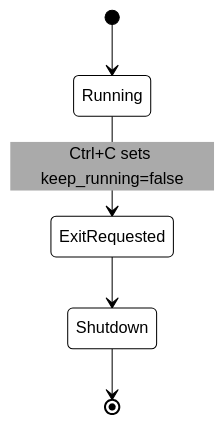
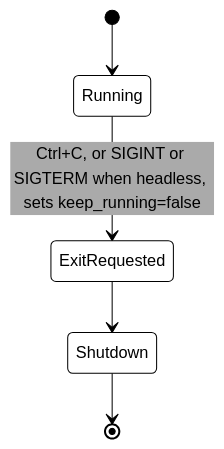
Before and after one commit to rayboyd/phase4: the third of 4 diagrams in docs/lifecycle.md, drawn with Mermaid. The commit also changed other lines of this file and 7 other files, not shown here.

````diff
--- a/docs/lifecycle.md
+++ b/docs/lifecycle.md
@@ -140,23 +140,23 @@
 ```mermaid
 %%{init: {
 	"theme": "base",
 	"themeVariables": {
 		"background": "#ffffff",
 		"fontFamily": "monospace",
 		"fontSize": "16px",
 		"lineColor": "#000",
 		"primaryBorderColor": "#000",
 		"primaryColor": "#fff",
 		"primaryTextColor": "#000",
 		"secondaryColor": "#aaa",
 		"tertiaryColor": "#ccc"
 	}
 }}%%
 stateDiagram-v2
 		[*] --> Running
 
-		Running --> ExitRequested: Ctrl+C sets keep_running=false
+		Running --> ExitRequested: Ctrl+C, or SIGINT or SIGTERM when headless, sets keep_running=false
 
 		ExitRequested --> Shutdown
 		Shutdown --> [*]
 ```
````
